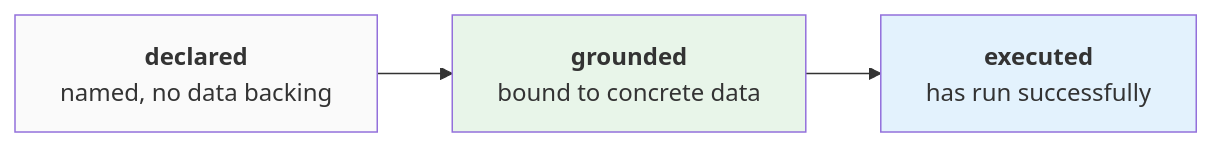
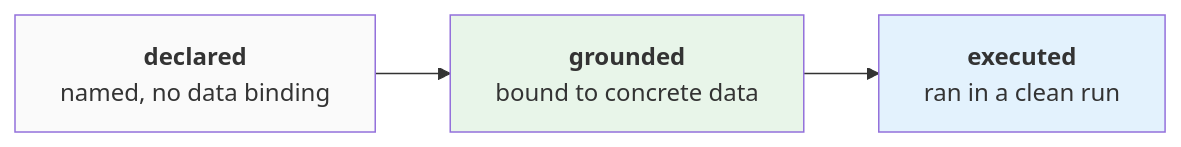
One commit to dataraum/dataraum changed the diagram in docs/concepts/operating-model.md. Above: the diagram before and after it, drawn with Mermaid. The commit also changed other lines of this file and 3 other files, not shown here.

````diff
--- a/docs/concepts/operating-model.md
+++ b/docs/concepts/operating-model.md
@@ -80,10 +68,10 @@
 ```mermaid
 flowchart LR
-    D["<b>declared</b><br/>named, no data backing"]
+    D["<b>declared</b><br/>named, no data binding"]
     G["<b>grounded</b><br/>bound to concrete data"]
-    E["<b>executed</b><br/>has run successfully"]
+    E["<b>executed</b><br/>ran in a clean run"]
     D --> G --> E
     style D fill:#fafafa
     style G fill:#e8f5e9
     style E fill:#e3f2fd
 ```
````
